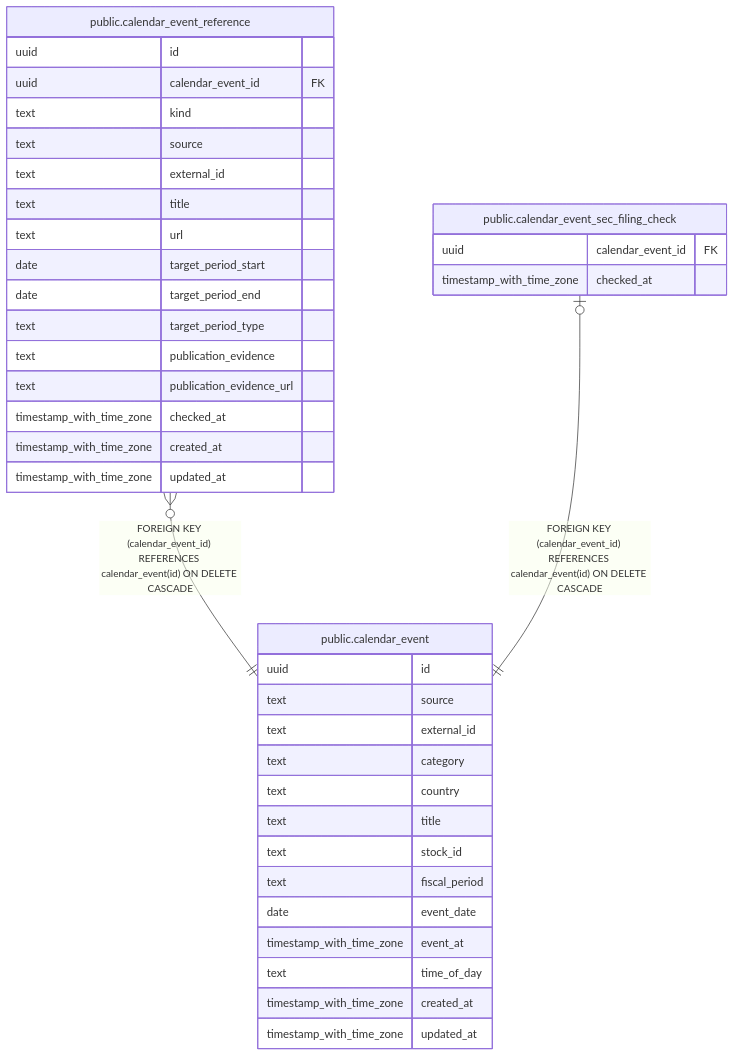
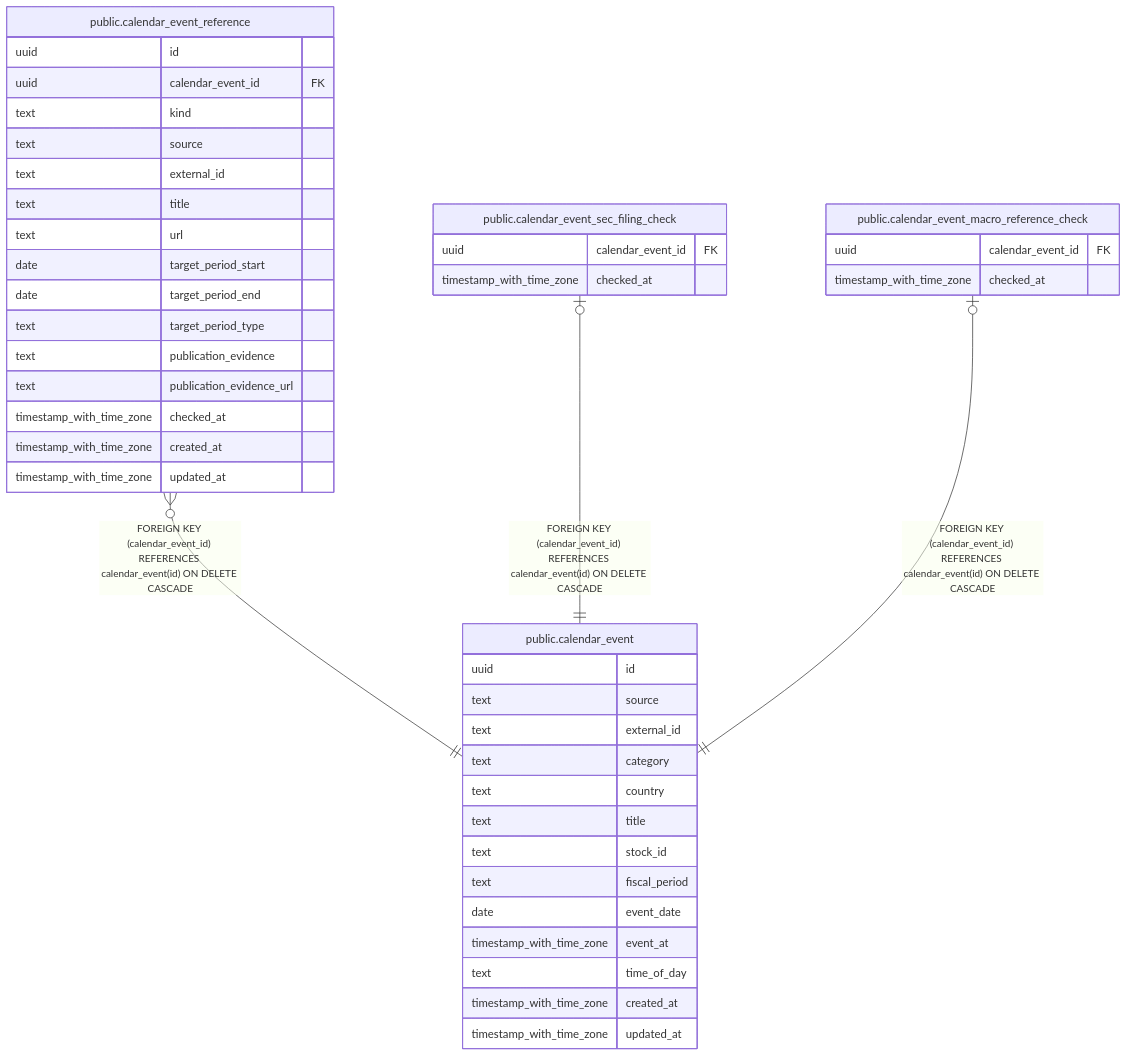
Before and after one commit to fohte/t-rader: the diagram in backend/docs/db/public.calendar_event.md, drawn with Mermaid. The commit also changed other lines of this file and 78 other files, not shown here.

````diff
--- a/backend/docs/db/public.calendar_event.md
+++ b/backend/docs/db/public.calendar_event.md
@@ -54,43 +54,48 @@
 ```mermaid
 erDiagram
 
 "public.calendar_event_reference" }o--|| "public.calendar_event" : "FOREIGN KEY (calendar_event_id) REFERENCES calendar_event(id) ON DELETE CASCADE"
 "public.calendar_event_sec_filing_check" |o--|| "public.calendar_event" : "FOREIGN KEY (calendar_event_id) REFERENCES calendar_event(id) ON DELETE CASCADE"
+"public.calendar_event_macro_reference_check" |o--|| "public.calendar_event" : "FOREIGN KEY (calendar_event_id) REFERENCES calendar_event(id) ON DELETE CASCADE"
 
 "public.calendar_event" {
   uuid id
   text source
   text external_id
   text category
   text country
   text title
   text stock_id
   text fiscal_period
   date event_date
   timestamp_with_time_zone event_at
   text time_of_day
   timestamp_with_time_zone created_at
   timestamp_with_time_zone updated_at
 }
 "public.calendar_event_reference" {
   uuid id
   uuid calendar_event_id FK
   text kind
   text source
   text external_id
   text title
   text url
   date target_period_start
   date target_period_end
   text target_period_type
   text publication_evidence
   text publication_evidence_url
   timestamp_with_time_zone checked_at
   timestamp_with_time_zone created_at
   timestamp_with_time_zone updated_at
 }
 "public.calendar_event_sec_filing_check" {
   uuid calendar_event_id FK
   timestamp_with_time_zone checked_at
 }
+"public.calendar_event_macro_reference_check" {
+  uuid calendar_event_id FK
+  timestamp_with_time_zone checked_at
+}
 ```
````
